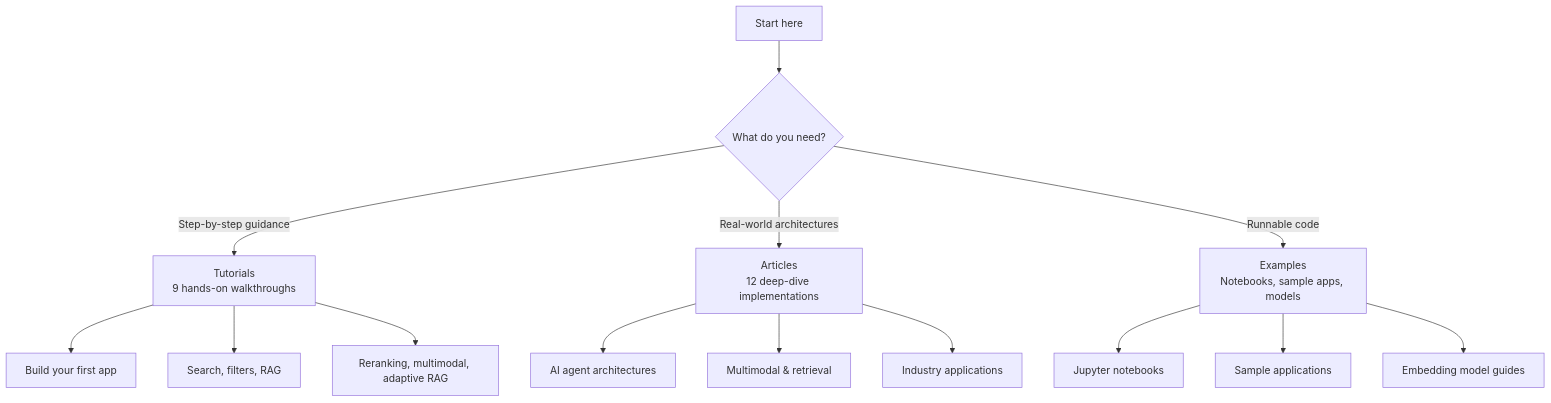
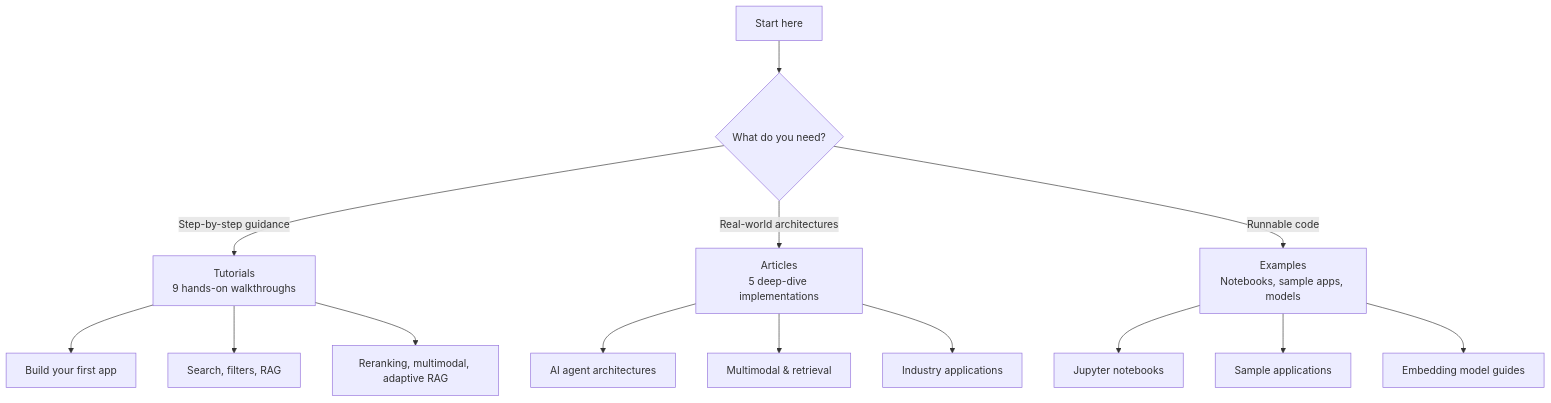
Before and after one commit to ActianCorp/vectorai-db-docs: the diagram in academy/index.mdx, drawn with Mermaid. The commit also changed other lines of this file and 41 other files, not shown here.

````diff
--- a/academy/index.mdx
+++ b/academy/index.mdx
@@ -12,21 +12,21 @@
 ```mermaid
 %% Learning path: each branch leads to a section of the Academy
 flowchart TD
     Start[Start here] --> Q{What do you need?}
 
     Q --> |Step-by-step guidance| T["Tutorials\n9 hands-on walkthroughs"]
-    Q --> |Real-world architectures| A["Articles\n12 deep-dive implementations"]
+    Q --> |Real-world architectures| A["Articles\n5 deep-dive implementations"]
     Q --> |Runnable code| E["Examples\nNotebooks, sample apps, models"]
 
     T --> T1[Build your first app]
     T --> T2[Search, filters, RAG]
     T --> T3[Reranking, multimodal, adaptive RAG]
 
     A --> A1[AI agent architectures]
     A --> A2[Multimodal & retrieval]
     A --> A3[Industry applications]
 
     E --> E1[Jupyter notebooks]
     E --> E2[Sample applications]
     E --> E3[Embedding model guides]
 ```
````
